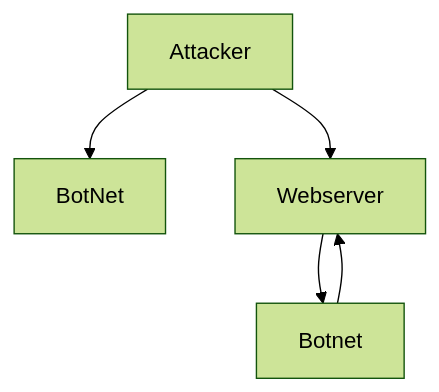
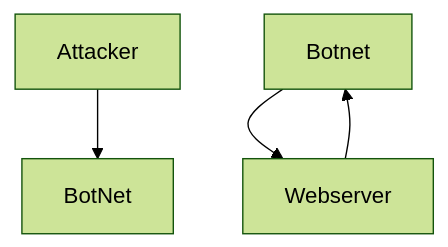
Before and after one commit to G-Marotta/Flowchart: the diagram in DDoS_Attack_Sequence.md, drawn with Mermaid (forest theme).

````diff
--- a/DDoS_Attack_Sequence.md
+++ b/DDoS_Attack_Sequence.md
@@ -2,7 +2,6 @@
 ```mermaid
   graph TD;
       Attacker-->BotNet;
       Botnet-->Webserver;
       Webserver-->Botnet;
-      Attacker-->Webserver;
 ```
````
